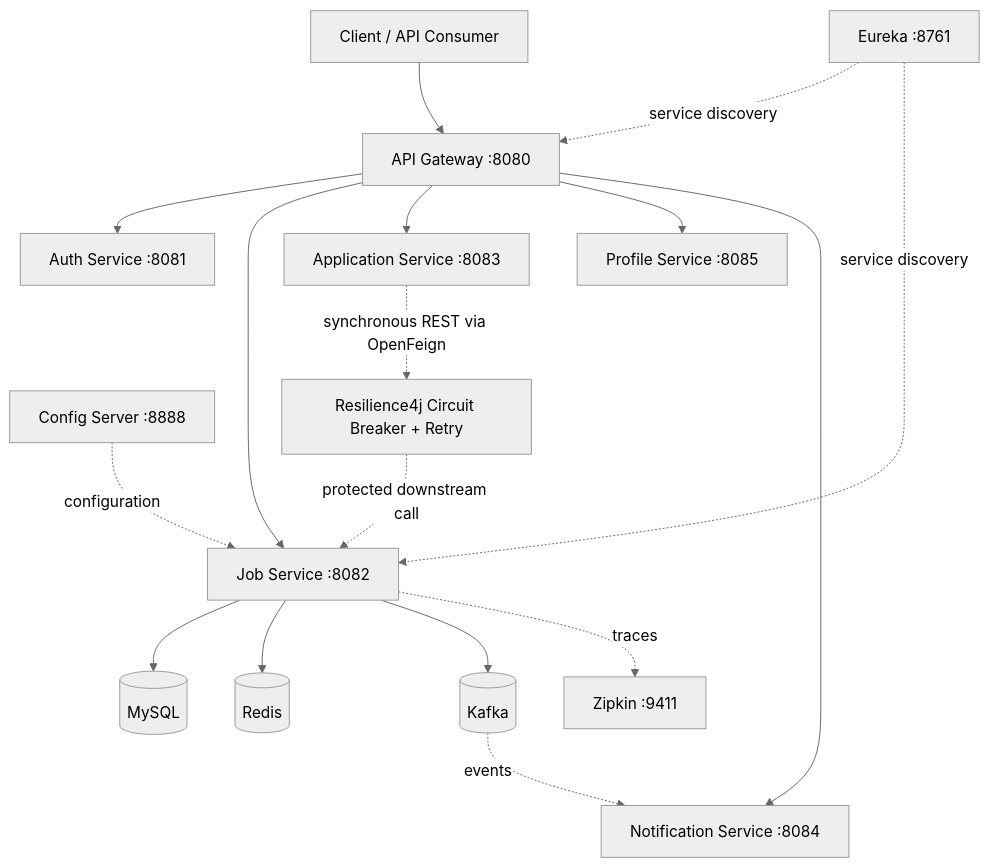
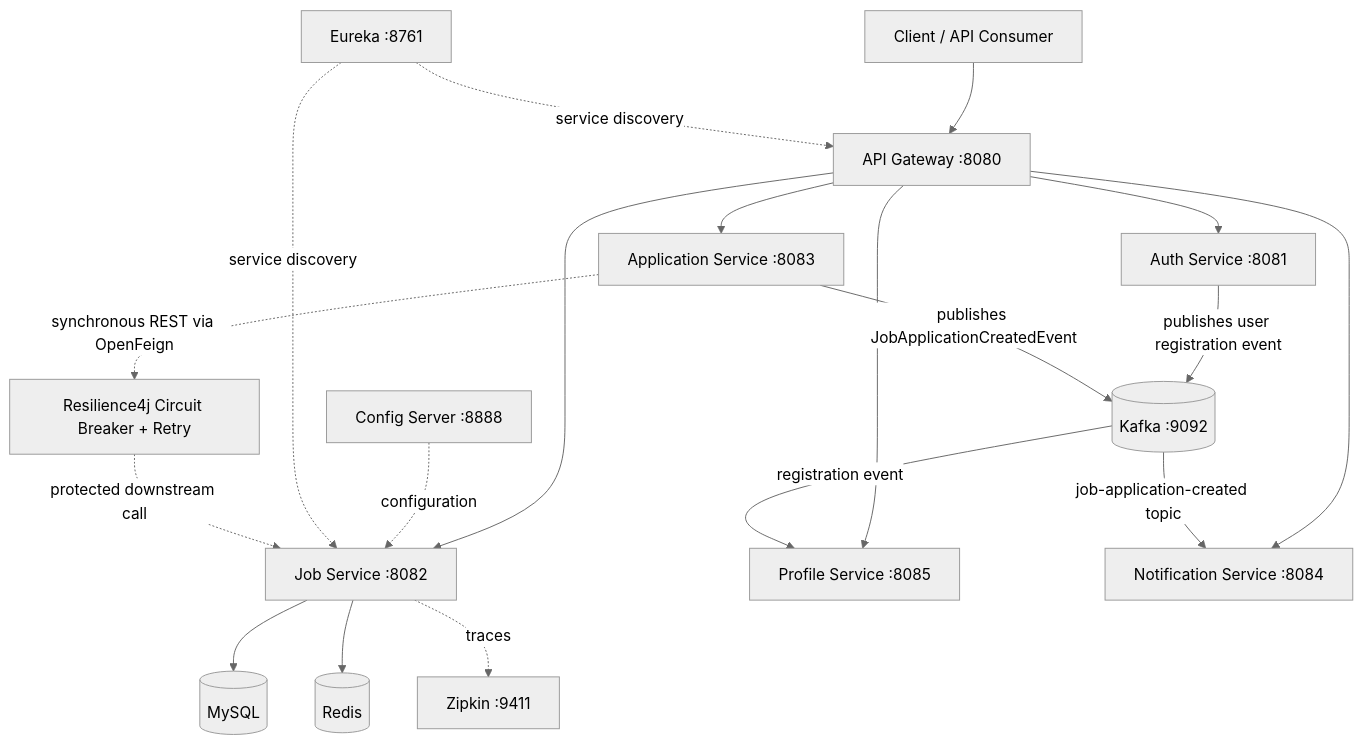
Before and after one commit to simantapaul06/project-express: the diagram in README.md, drawn with Mermaid (neutral theme). The commit also changed other lines of this file, not shown here.

Commit message:
docs: update Kafka communication architecture

````diff
--- a/README.md
+++ b/README.md
@@ -28,21 +28,23 @@
 ```mermaid
 flowchart TD
     Client[Client / API Consumer] --> Gateway[API Gateway :8080]
     Gateway --> Auth[Auth Service :8081]
     Gateway --> Job[Job Service :8082]
     Gateway --> Application[Application Service :8083]
     Gateway --> Profile[Profile Service :8085]
     Gateway --> Notification[Notification Service :8084]
 
     Config[Config Server :8888] -. configuration .-> Job
     Discovery[Eureka :8761] -. service discovery .-> Gateway
     Discovery -. service discovery .-> Job
 
     Application -. synchronous REST via OpenFeign .-> CircuitBreaker[Resilience4j Circuit Breaker + Retry]
     CircuitBreaker -. protected downstream call .-> Job
     Job --> MySQL[(MySQL)]
     Job --> Redis[(Redis)]
-    Job --> Kafka[(Kafka)]
-    Kafka -. events .-> Notification
+    Auth -->|publishes user registration event| Kafka[(Kafka :9092)]
+    Kafka -->|registration event| Profile
+    Application -->|publishes JobApplicationCreatedEvent| Kafka
+    Kafka -->|job-application-created topic| Notification
     Job -. traces .-> Zipkin[Zipkin :9411]
 ```
````
